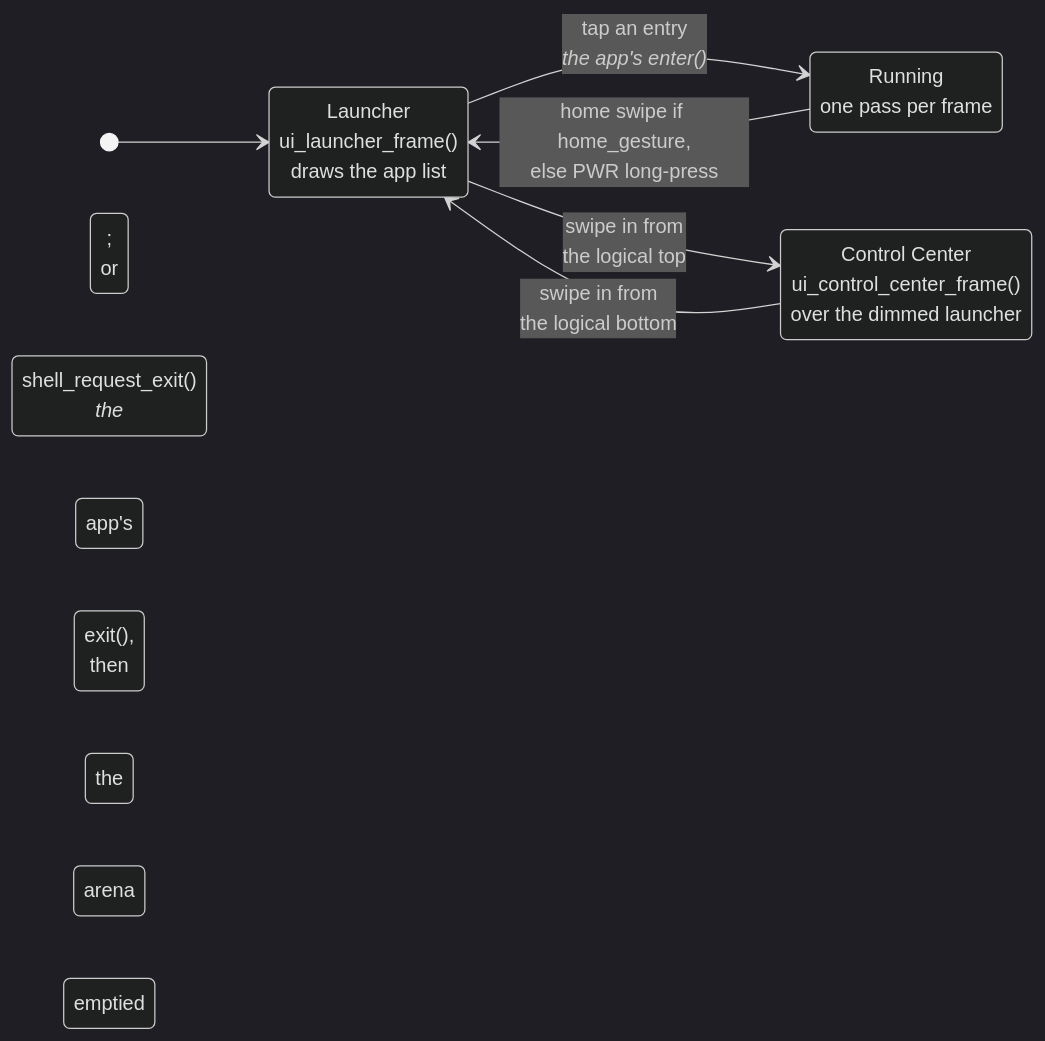
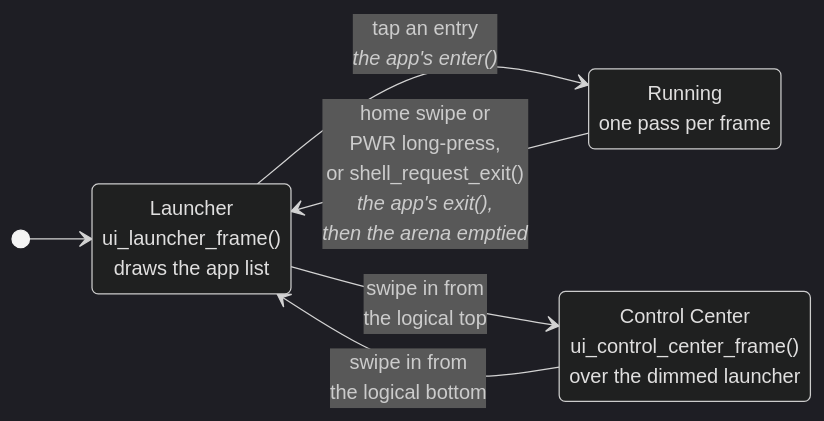
Before and after one commit to jose-villegas/autana: the second of 3 diagrams in docs/Firmware-Architecture.md, drawn with Mermaid (dark theme). The commit also changed other lines of this file and 1 other file, not shown here.

First line of the commit message:
docs: render/ gets its own document; the frame loop's exit label is one sentence again

````diff
--- a/docs/Firmware-Architecture.md
+++ b/docs/Firmware-Architecture.md
@@ -188,14 +188,14 @@
 ```mermaid
 stateDiagram-v2
     direction LR
     [*] --> Launcher
 
     Running : Running<br/>one pass per frame
     Launcher : Launcher<br/>ui_launcher_frame()<br/>draws the app list
     ControlCenter : Control Center<br/>ui_control_center_frame()<br/>over the dimmed launcher
 
     Launcher --> Running: tap an entry<br/><i>the app's enter()</i>
-    Running --> Launcher: home swipe if home_gesture,<br/>else PWR long-press;<br/>or shell_request_exit()<br/><i>the app's exit(),<br/>then the arena emptied</i>
+    Running --> Launcher: home swipe or<br/>PWR long-press,<br/>or shell_request_exit()<br/><i>the app's exit(),<br/>then the arena emptied</i>
     Launcher --> ControlCenter: swipe in from<br/>the logical top
     ControlCenter --> Launcher: swipe in from<br/>the logical bottom
 ```
````
